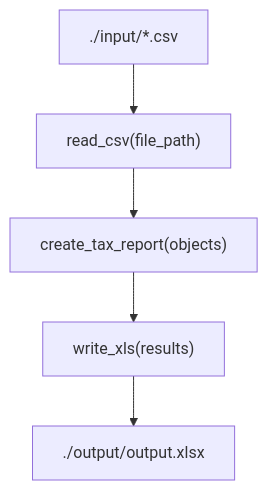
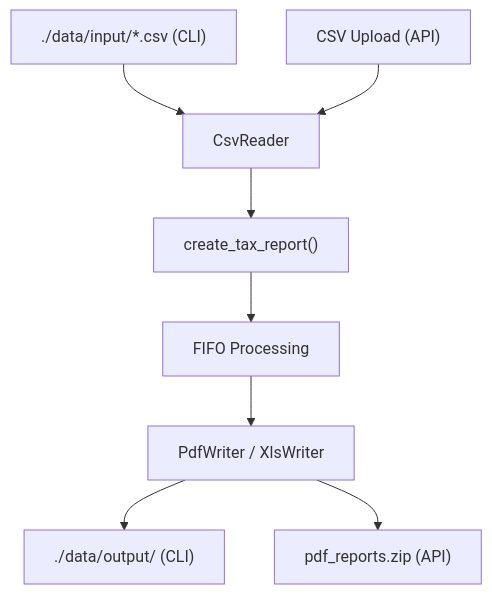
Before and after one commit to prmika/coinmotion-transaction-helper: the diagram in README.md, drawn with Mermaid. The commit also changed other lines of this file, not shown here.

````diff
--- a/README.md
+++ b/README.md
@@ -5,7 +5,10 @@
 ```mermaid
 flowchart TD
-    A["./input/*.csv"] --> B["read_csv(file_path)"]
-    B --> C["create_tax_report(objects)"]
-    C --> D["write_xls(results)"]
-    D --> E["./output/output.xlsx"]
+    A["./data/input/*.csv (CLI)"] --> B["CsvReader"]
+    F["CSV Upload (API)"] --> B
+    B --> C["create_tax_report()"]
+    C --> G["FIFO Processing"]
+    G --> D["PdfWriter / XlsWriter"]
+    D --> E["./data/output/ (CLI)"]
+    D --> H["pdf_reports.zip (API)"]
 ```
````
